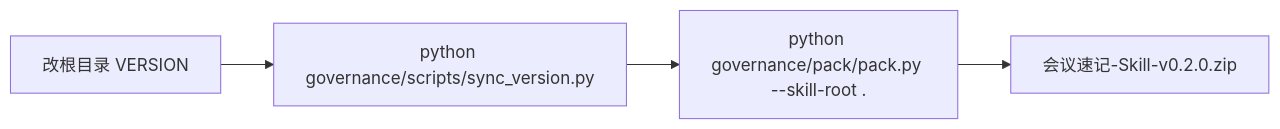
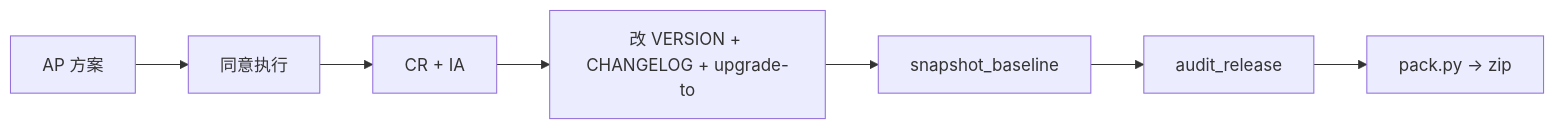
Before and after one commit to qiusuo0226/skill-devkit-skill: the second of 2 diagrams in examples/06-初始化之后打包和升版本.md, drawn with Mermaid. The commit also changed other lines of this file and 28 other files, not shown here.

````diff
--- a/examples/06-初始化之后打包和升版本.md
+++ b/examples/06-初始化之后打包和升版本.md
@@ -21,6 +23,9 @@
 ```mermaid
 flowchart LR
-    V["改根目录 VERSION"] --> S["python governance/scripts/sync_version.py"]
-    S --> P["python governance/pack/pack.py --skill-root ."]
-    P --> Z["会议速记-Skill-v0.2.0.zip"]
+    AP["AP 方案"] --> OK["同意执行"]
+    OK --> CR["CR + IA"]
+    CR --> V["改 VERSION + CHANGELOG + upgrade-to"]
+    V --> B["snapshot_baseline"]
+    B --> A["audit_release"]
+    A --> P["pack.py → zip"]
 ```
````
